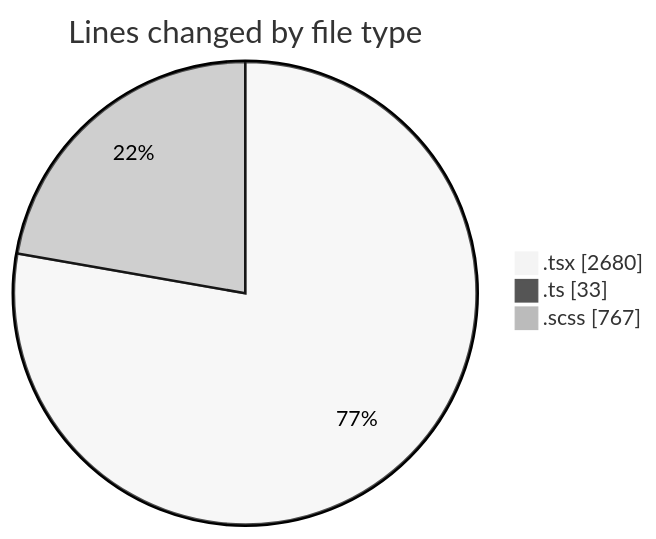
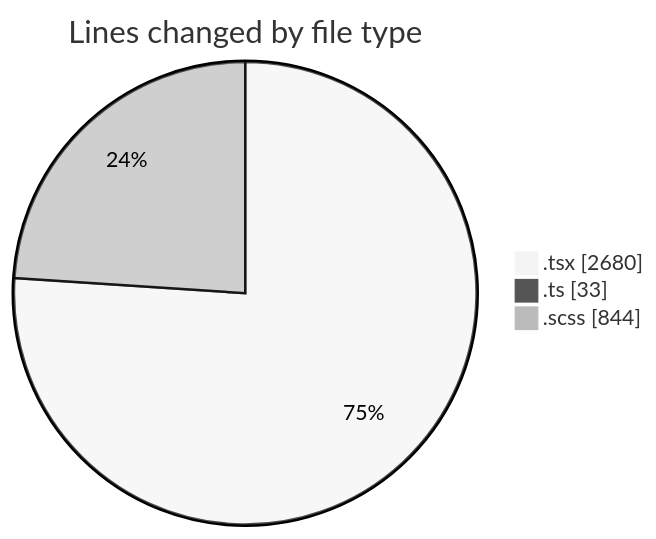
Before and after one commit to momahboobian/code-tracking: the first of 2 diagrams in 2025-02-12/cda/README.md, drawn with Mermaid (neutral theme). The commit also changed other lines of this file and 1 other file, not shown here.

````diff
--- a/2025-02-12/cda/README.md
+++ b/2025-02-12/cda/README.md
@@ -29,7 +29,7 @@
 ```mermaid
 pie showData
 title Lines changed by file type
 ".tsx" : 2680
 ".ts" : 33
-".scss" : 767
+".scss" : 844
 ```
````
